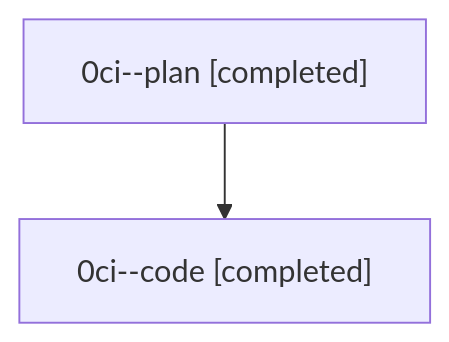
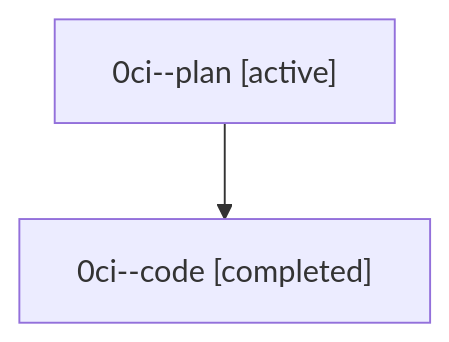
One commit to sase-org/sase--agents changed the diagram in families/bbugyi200.athena.0ci.md. Above: the diagram before and after it, drawn with Mermaid. The commit also changed other lines of this file and 35830 other files, not shown here.

````diff
--- a/families/bbugyi200.athena.0ci.md
+++ b/families/bbugyi200.athena.0ci.md
@@ -9,6 +9,6 @@
 ```mermaid
 flowchart TD
-  n0["0ci--plan [completed]"]
+  n0["0ci--plan [active]"]
   n1["0ci--code [completed]"]
   n0 --> n1
 ```
````
